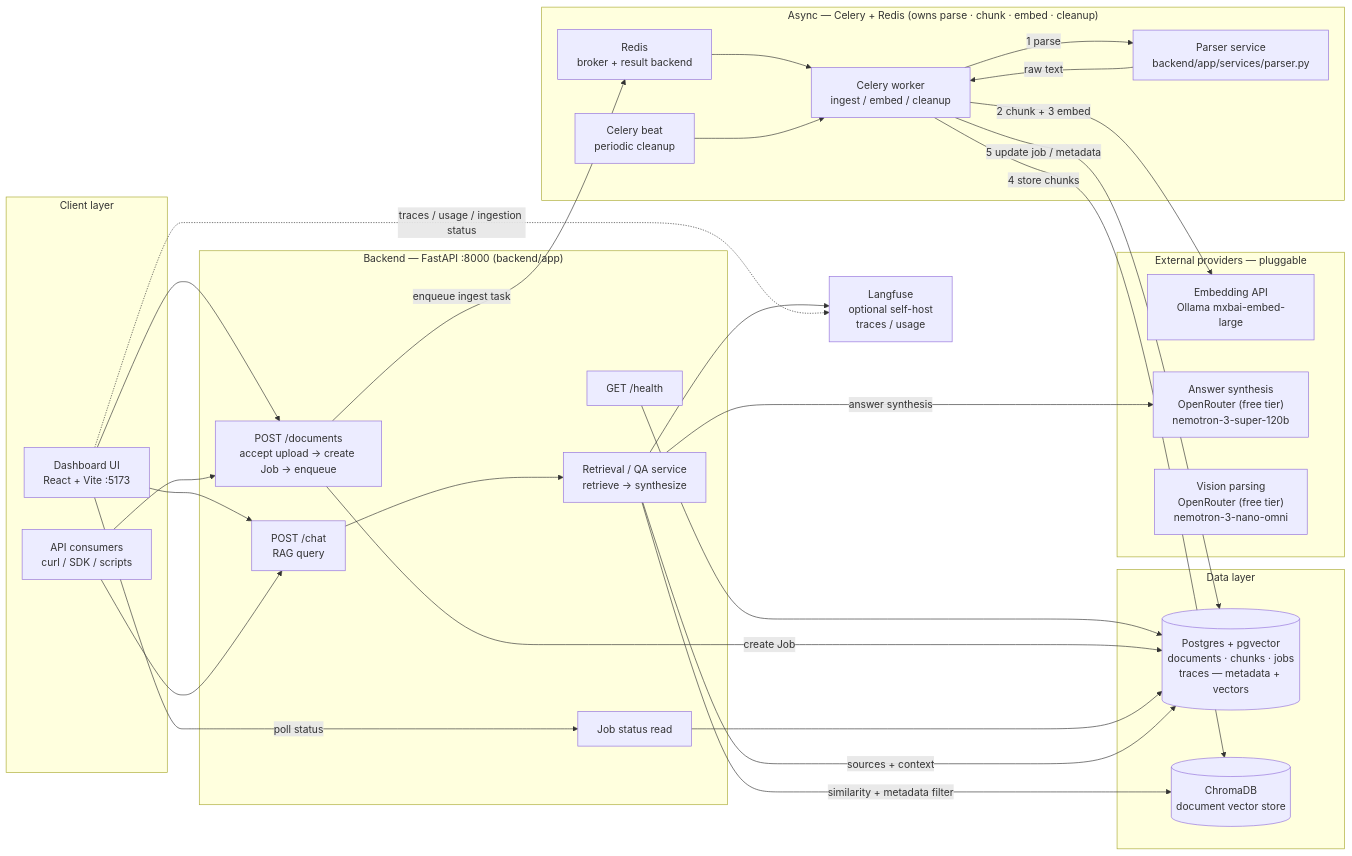
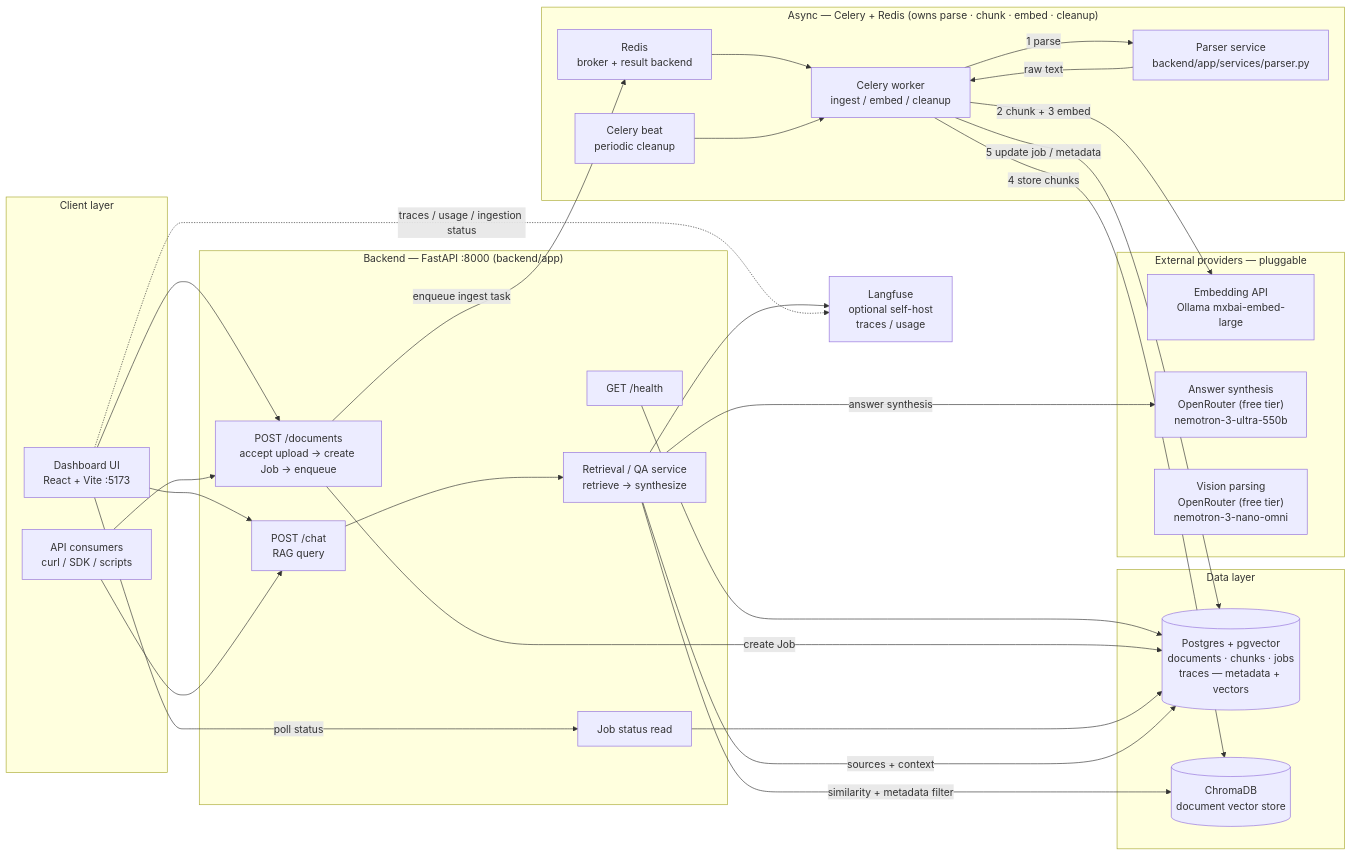
One commit to aayushjoshi-12/rag-pipeline changed the diagram in docs/architecture.md. Above: the diagram before and after it, drawn with Mermaid. The commit also changed 8 other files, not shown here.

First line of the commit message:
chore(llm): switch default chat model to nemotron-3-ultra

````diff
--- a/docs/architecture.md
+++ b/docs/architecture.md
@@ -7,63 +7,63 @@
 ```mermaid
 flowchart LR
     subgraph CLIENT["Client layer"]
         UI["Dashboard UI<br/>React + Vite :5173"]
         USER["API consumers<br/>curl / SDK / scripts"]
     end
 
     subgraph API["Backend — FastAPI :8000 (backend/app)"]
         RDOC["POST /documents<br/>accept upload → create Job → enqueue"]
         RCHAT["POST /chat<br/>RAG query"]
         RHEALTH["GET /health"]
         SVC_QA["Retrieval / QA service<br/>retrieve → synthesize"]
         JOBDB["Job status read"]
     end
 
     subgraph ASYNC["Async — Celery + Redis (owns parse · chunk · embed · cleanup)"]
         BROKER["Redis<br/>broker + result backend"]
         WORKER["Celery worker<br/>ingest / embed / cleanup"]
         BEAT["Celery beat<br/>periodic cleanup"]
         PARSER["Parser service<br/>backend/app/services/parser.py"]
     end
 
     subgraph DATA["Data layer"]
         PG[("Postgres + pgvector<br/>documents · chunks · jobs<br/>traces — metadata + vectors")]
         CHROMA[("ChromaDB<br/>document vector store")]
     end
 
     subgraph PROVIDERS["External providers — pluggable"]
         EMB["Embedding API<br/>Ollama mxbai-embed-large"]
-        LLM["Answer synthesis<br/>OpenRouter (free tier)<br/>nemotron-3-super-120b"]
+        LLM["Answer synthesis<br/>OpenRouter (free tier)<br/>nemotron-3-ultra-550b"]
         VIS["Vision parsing<br/>OpenRouter (free tier)<br/>nemotron-3-nano-omni"]
     end
 
     OBS["Langfuse<br/>optional self-host<br/>traces / usage"]
 
     UI --> RDOC
     UI --> RCHAT
     USER --> RDOC
     USER --> RCHAT
     RHEALTH --> PG
 
     %% —— Ingest path（1）：API only accepts, the worker does the work ——
     RDOC -->|create Job| PG
     RDOC -->|enqueue ingest task| BROKER
     BROKER --> WORKER
     BEAT --> WORKER
     WORKER -->|1 parse| PARSER
     PARSER -->|raw text| WORKER
     WORKER -->|2 chunk + 3 embed| EMB
     WORKER -->|4 store chunks| CHROMA
     WORKER -->|5 update job / metadata| PG
     UI -->|poll status| JOBDB
     JOBDB --> PG
 
     %% —— Query path（2） ——
     RCHAT --> SVC_QA
     SVC_QA -->|similarity + metadata filter| CHROMA
     SVC_QA -->|sources + context| PG
     SVC_QA -->|answer synthesis| LLM
     SVC_QA --> OBS
 
     UI -.->|traces / usage / ingestion status| OBS
 ```
````
